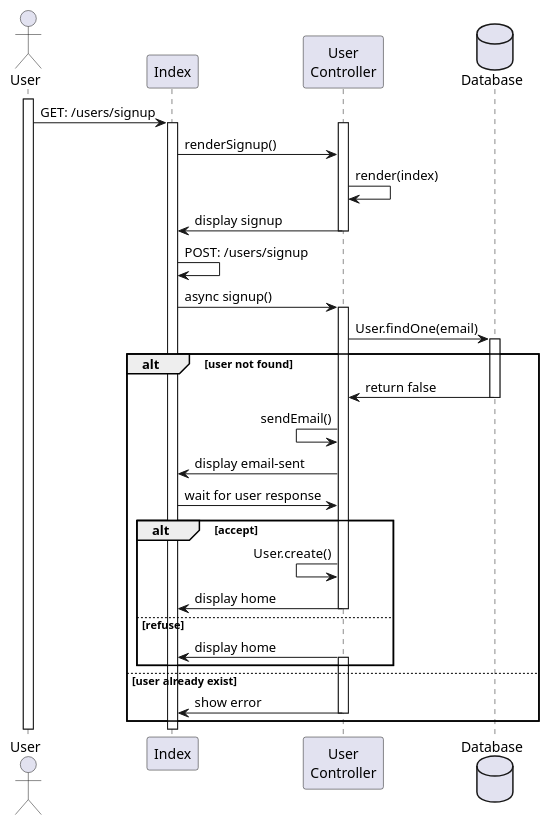
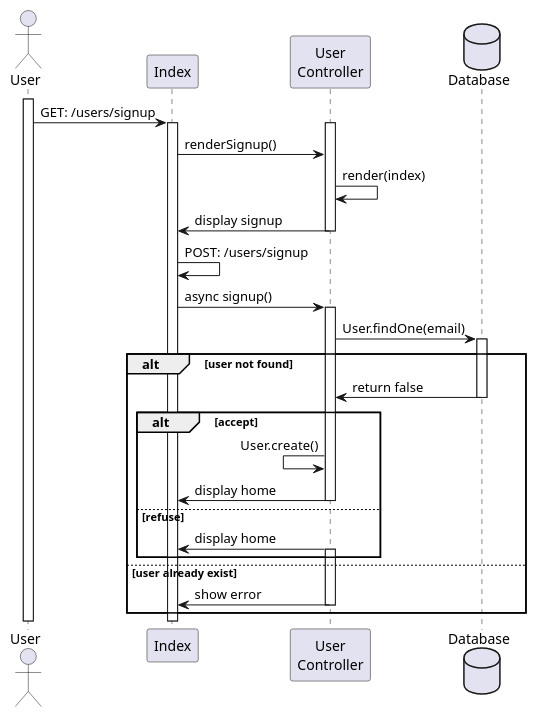
Before and after one commit to TommasoScalici/BnB: the diagram in app-diagrams/sequence/user/signup.wsd, drawn with PlantUML. The commit also changed 5 other files, not shown here.

```diff
--- a/app-diagrams/sequence/user/signup.wsd
+++ b/app-diagrams/sequence/user/signup.wsd
@@ -1,43 +1,39 @@
 @startuml signup
 
 actor User
 participant "Index" as Index
 participant "User\nController" as UserController
 database Database
 
 activate User
 
         
     User -> Index: GET: /users/signup
     activate Index
         activate UserController
     Index -> UserController: renderSignup()
     UserController -> UserController: render(index)
     Index <- UserController: display signup
     deactivate UserController
     Index -> Index:  POST: /users/signup
     Index -> UserController: async signup()
     activate UserController
     UserController -> Database: User.findOne(email)
     alt user not found
     activate Database 
     UserController <- Database: return false
     deactivate Database
-    'send email to user and waits for his response'
-    UserController <- UserController: sendEmail()
-    Index <- UserController: display email-sent
-    Index -> UserController: wait for user response
     alt accept
     UserController <- UserController: User.create()
     Index <- UserController: display home
     deactivate UserController
     else refuse
     Index <- UserController: display home
     activate UserController
     end
     else user already exist 
     Index <- UserController: show error
     deactivate UserController
     end
 
 @enduml
```
